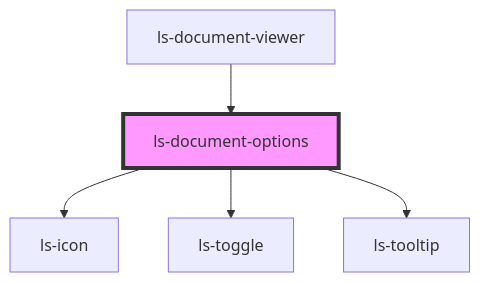
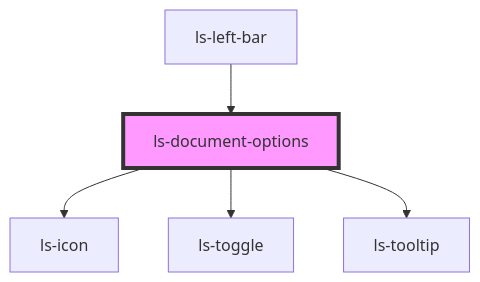
Before and after one commit to legalesign/ls-document-viewer: the diagram in src/components/ls-document-options/readme.md, drawn with Mermaid. The commit also changed other lines of this file and 19 other files, not shown here.

````diff
--- a/src/components/ls-document-options/readme.md
+++ b/src/components/ls-document-options/readme.md
@@ -36,8 +36,8 @@
 ```mermaid
 graph TD;
   ls-document-options --> ls-icon
   ls-document-options --> ls-toggle
   ls-document-options --> ls-tooltip
-  ls-document-viewer --> ls-document-options
+  ls-left-bar --> ls-document-options
   style ls-document-options fill:#f9f,stroke:#333,stroke-width:4px
 ```
````
